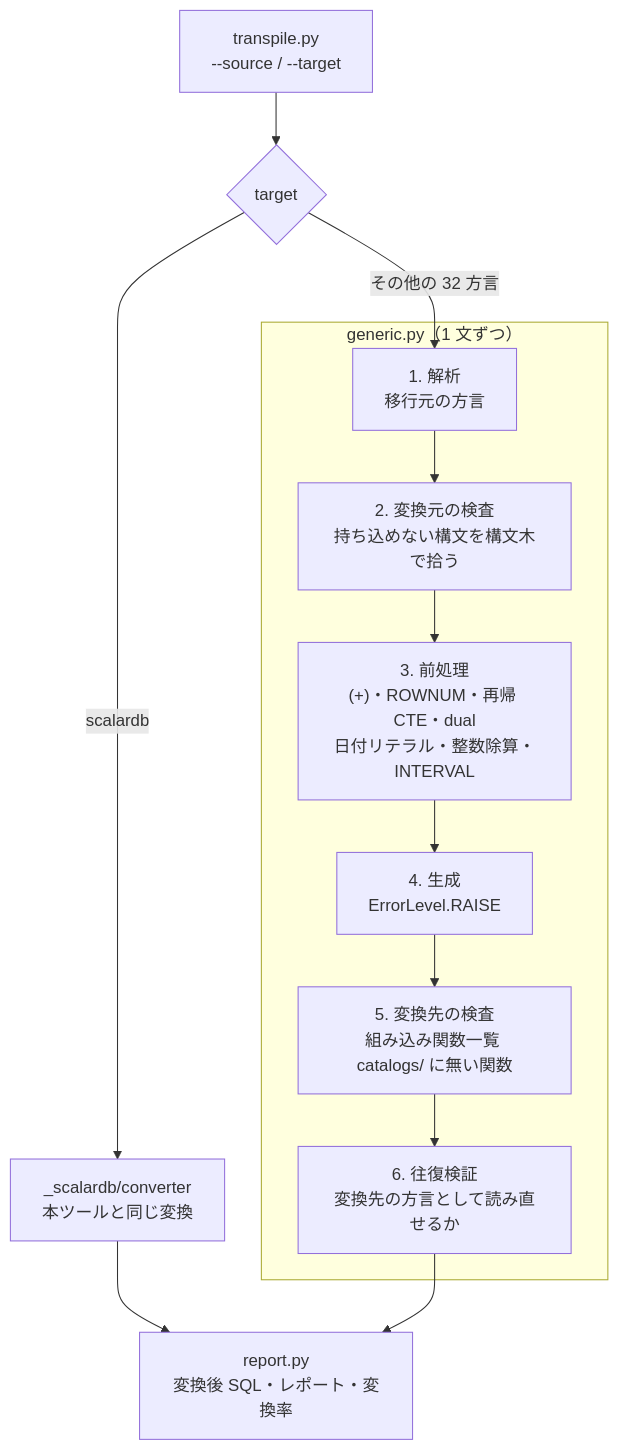
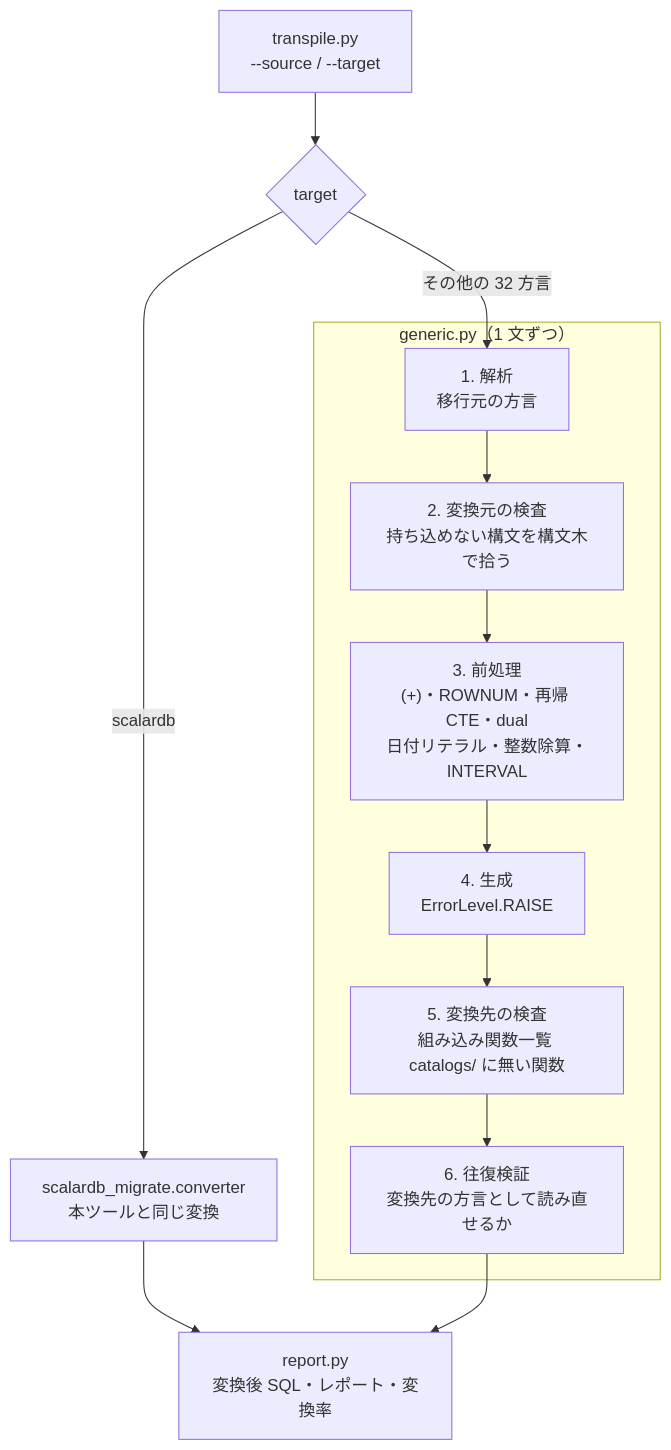
Diagram 16 of 25 in docs/design/architecture.md (wfukatsu/sql-migration), drawn with Mermaid before and after one commit. The commit also changed other lines of this file and 5 other files, not shown here.

````diff
--- a/docs/design/architecture.md
+++ b/docs/design/architecture.md
@@ -589,17 +589,17 @@
 ```mermaid
 flowchart TD
     IN["transpile.py<br/>--source / --target"] --> T{"target"}
-    T -- scalardb --> V["_scalardb/converter<br/>本ツールと同じ変換"]
+    T -- scalardb --> V["scalardb_migrate.converter<br/>本ツールと同じ変換"]
     T -- "その他の 32 方言" --> G1
 
     subgraph GEN["generic.py（1 文ずつ）"]
         G1["1. 解析<br/>移行元の方言"] --> G2["2. 変換元の検査<br/>持ち込めない構文を構文木で拾う"]
         G2 --> G3["3. 前処理<br/>(+)・ROWNUM・再帰 CTE・dual<br/>日付リテラル・整数除算・INTERVAL"]
         G3 --> G4["4. 生成<br/>ErrorLevel.RAISE"]
         G4 --> G5["5. 変換先の検査<br/>組み込み関数一覧 catalogs/ に無い関数"]
         G5 --> G6["6. 往復検証<br/>変換先の方言として読み直せるか"]
     end
 
     V --> RP["report.py<br/>変換後 SQL・レポート・変換率"]
     G6 --> RP
 ```
````
